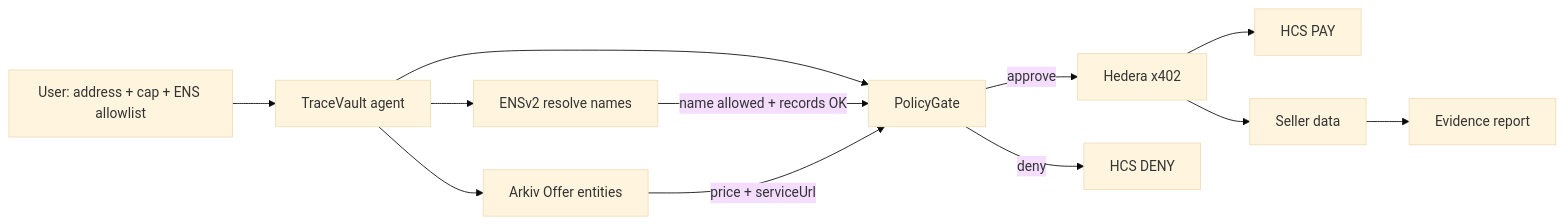
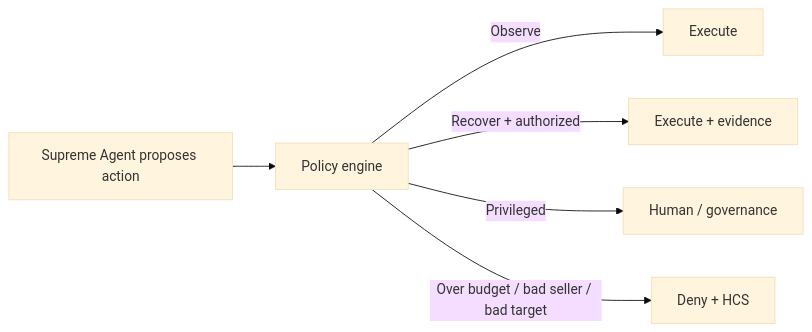
Before and after one commit to Shadow-Ash/NeverDown: the third of 3 diagrams in README.md, drawn with Mermaid (base theme). The commit also changed other lines of this file, not shown here.

Commit message:
docs: rewrite README for TraceVault 2.0 resilience operator

````diff
--- a/README.md
+++ b/README.md
@@ -156,14 +332,8 @@
 ```mermaid
 flowchart LR
-  User["User: address + cap + ENS allowlist"] --> Agent["TraceVault agent"]
-  Agent --> ENS["ENSv2 resolve names"]
-  Agent --> Arkiv["Arkiv Offer entities"]
-  Agent --> Gate["PolicyGate"]
-  ENS -->|"name allowed + records OK"| Gate
-  Arkiv -->|"price + serviceUrl"| Gate
-  Gate -->|"approve"| Pay["Hedera x402"]
-  Gate -->|"deny"| HCS["HCS DENY"]
-  Pay --> HCS2["HCS PAY"]
-  Pay --> Data["Seller data"]
-  Data --> Report["Evidence report"]
+  Agent["Supreme Agent proposes action"] --> Pol["Policy engine"]
+  Pol -->|"Observe"| Auto1["Execute"]
+  Pol -->|"Recover + authorized"| Auto2["Execute + evidence"]
+  Pol -->|"Privileged"| Human["Human / governance"]
+  Pol -->|"Over budget / bad seller / bad target"| Block["Deny + HCS"]
 ```
````
